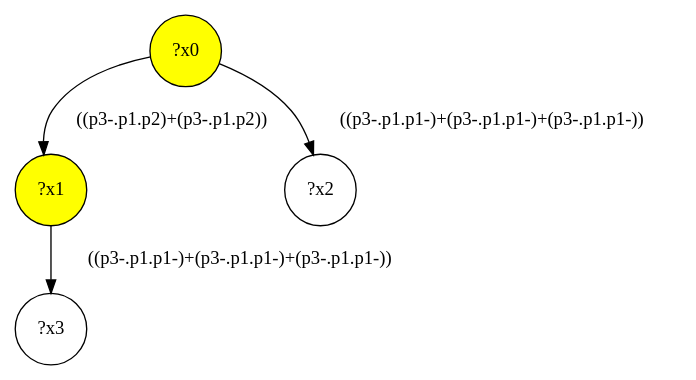
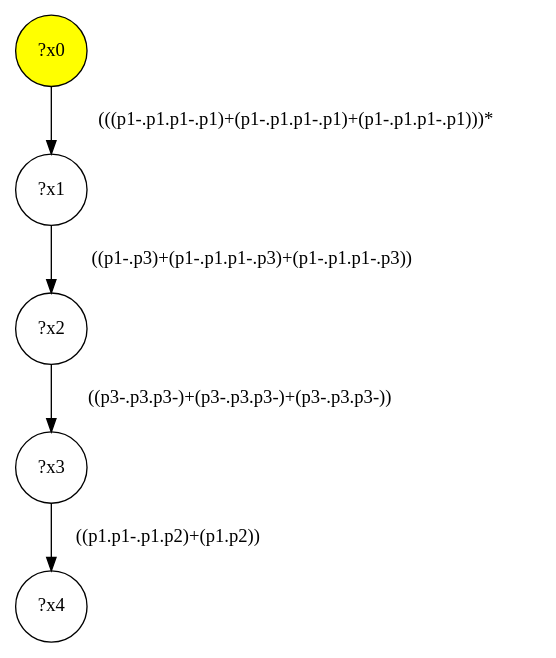
One commit to gbagan/gmark changed the diagram in src/queryinterface/interface-queries/query-6.dot. Above: the diagram before and after it, drawn with Graphviz. The commit also changed 150 other files, not shown here.

```diff
--- a/src/queryinterface/interface-queries/query-6.dot
+++ b/src/queryinterface/interface-queries/query-6.dot
@@ -1,9 +1,11 @@
 digraph g {
 	x0 [fillcolor="yellow", style="filled," shape=circle, label="?x0"];
-	x1 [fillcolor="yellow", style="filled," shape=circle, label="?x1"];
-	x0 -> x1 [label="((p3-.p1.p2)+(p3-.p1.p2))"];
+	x1 [shape=circle, label="?x1"];
+	x0 -> x1 [label="(((p1-.p1.p1-.p1)+(p1-.p1.p1-.p1)+(p1-.p1.p1-.p1)))*"];
 	x2 [shape=circle, label="?x2"];
-	x0 -> x2 [label="((p3-.p1.p1-)+(p3-.p1.p1-)+(p3-.p1.p1-))"];
+	x1 -> x2 [label="((p1-.p3)+(p1-.p1.p1-.p3)+(p1-.p1.p1-.p3))"];
 	x3 [shape=circle, label="?x3"];
-	x1 -> x3 [label="((p3-.p1.p1-)+(p3-.p1.p1-)+(p3-.p1.p1-))"];
+	x2 -> x3 [label="((p3-.p3.p3-)+(p3-.p3.p3-)+(p3-.p3.p3-))"];
+	x4 [shape=circle, label="?x4"];
+	x3 -> x4 [label="((p1.p1-.p1.p2)+(p1.p2))"];
 }
```
